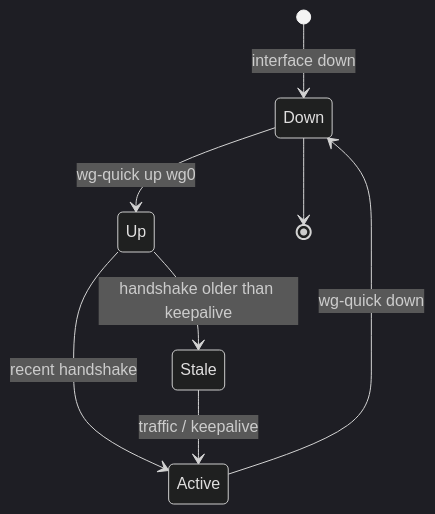
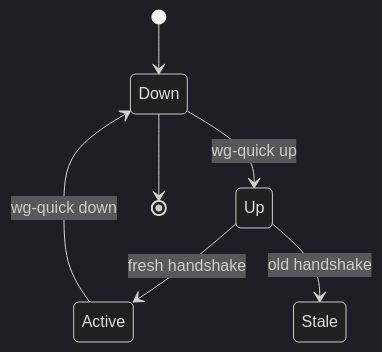
One commit to roto31/Tunnel-Monitor---Universal changed the third of 4 diagrams in docs/vpn-solutions/wireguard.md. Above: the diagram before and after it, drawn with Mermaid (dark theme). The commit also changed other lines of this file and 22 other files, not shown here.

````diff
--- a/docs/vpn-solutions/wireguard.md
+++ b/docs/vpn-solutions/wireguard.md
@@ -56,10 +39,9 @@
 ```mermaid
 stateDiagram-v2
-    [*] --> Down: interface down
-    Down --> Up: wg-quick up wg0
-    Up --> Active: recent handshake
-    Up --> Stale: handshake older than keepalive
-    Stale --> Active: traffic / keepalive
+    [*] --> Down
+    Down --> Up: wg-quick up
+    Up --> Active: fresh handshake
+    Up --> Stale: old handshake
     Active --> Down: wg-quick down
     Down --> [*]
 ```
````
